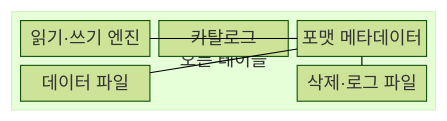
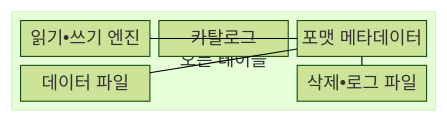
One commit to agnusdei1207/knowledge-base changed the first of 2 diagrams in src/content/docs/notes/03-software/129_open_table_format.md. Above: the diagram before and after it, drawn with Mermaid (forest theme). The commit also changed other lines of this file and 953 other files, not shown here.

````diff
--- a/src/content/docs/notes/03-software/129_open_table_format.md
+++ b/src/content/docs/notes/03-software/129_open_table_format.md
@@ -69,17 +69,17 @@
 ```mermaid
 block
     columns 1
     block:TABLE["오픈 테이블"]
         columns 3
-        A["읽기·쓰기 엔진"]
+        A["읽기•쓰기 엔진"]
         B["카탈로그"]
         C["포맷 메타데이터"]
         D["데이터 파일"]
         space
-        E["삭제·로그 파일"]
+        E["삭제•로그 파일"]
     end
     A --- C
     B --- C
     C --- D
     C --- E
 ```
````
